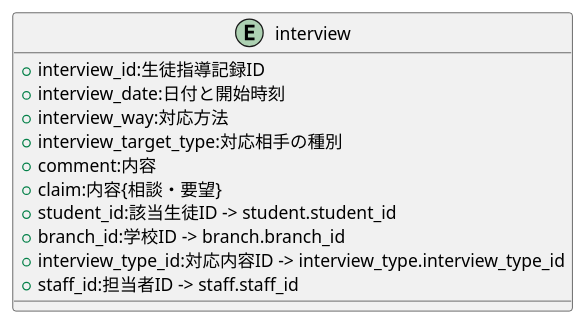
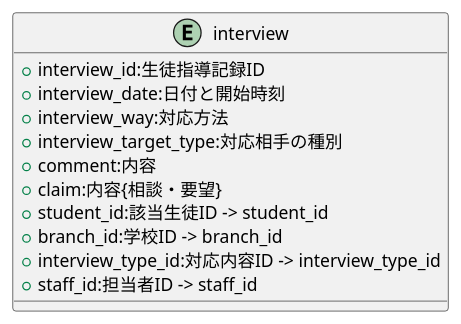
Before and after one commit to popoposorara/ERP_ER: the diagram in Entity/interview.pu, drawn with PlantUML.

Commit message:
edit-interview-entity

```diff
--- a/Entity/interview.pu
+++ b/Entity/interview.pu
@@ -1,16 +1,16 @@
 @startuml
 
 entity "interview"{
     + interview_id:生徒指導記録ID
     + interview_date:日付と開始時刻
     + interview_way:対応方法
     + interview_target_type:対応相手の種別
     + comment:内容
     + claim:内容{相談・要望}
-    + student_id:該当生徒ID -> student.student_id
-    + branch_id:学校ID -> branch.branch_id
-    + interview_type_id:対応内容ID -> interview_type.interview_type_id
-    + staff_id:担当者ID -> staff.staff_id
+    + student_id:該当生徒ID -> student_id
+    + branch_id:学校ID -> branch_id
+    + interview_type_id:対応内容ID -> interview_type_id
+    + staff_id:担当者ID -> staff_id
 }
 
 @enduml
```
